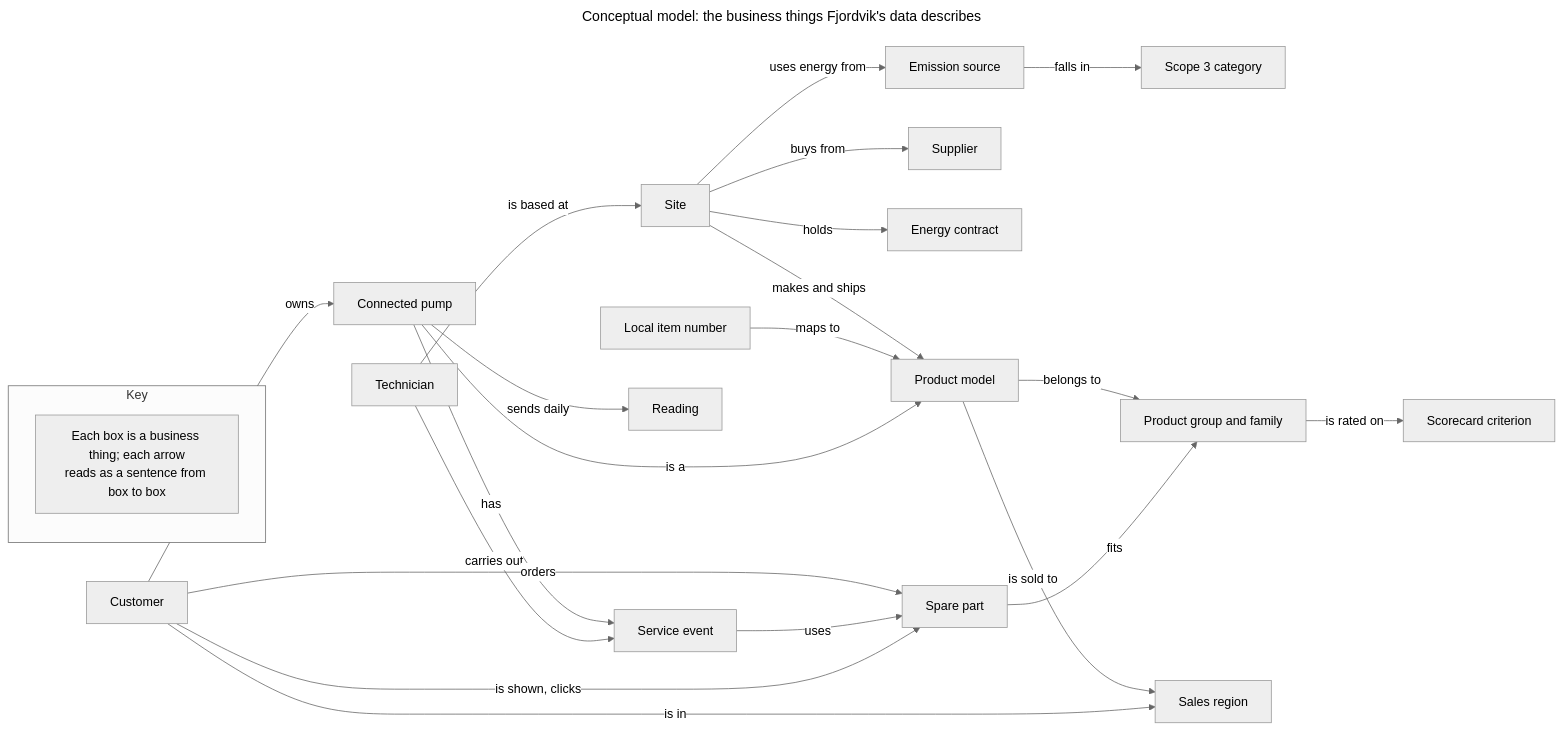
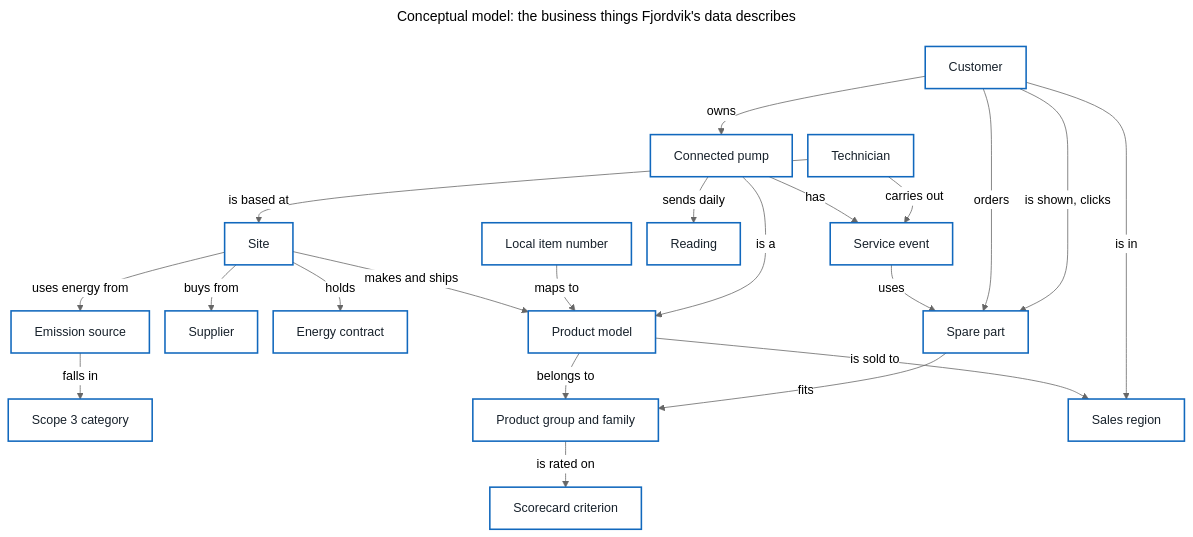
One commit to voneeci/fjordvik changed the first of 19 diagrams in docs/data-model.md. Above: the diagram before and after it, drawn with Mermaid (neutral theme). The commit also changed other lines of this file and 5 other files, not shown here.

First line of the commit message:
docs: concepts and methods, plant data flow, business names on drawings

````diff
--- a/docs/data-model.md
+++ b/docs/data-model.md
@@ -22,29 +22,34 @@
 ```mermaid
 ---
+config:
+  flowchart:
+    nodeSpacing: 20
+    rankSpacing: 35
 title: "Conceptual model: the business things Fjordvik's data describes"
 ---
-flowchart LR
-    subgraph KEY["Key"]
-        KN["Each box is a business thing; each arrow<br/>reads as a sentence from box to box"]
-    end
-    SITE["Site"] -- "uses energy from" --> SRC["Emission source"]
-    SITE -- "buys from" --> SUP["Supplier"]
-    SITE -- "holds" --> CON["Energy contract"]
-    SRC -- "falls in" --> CAT["Scope 3 category"]
-    SITE -- "makes and ships" --> PROD["Product model"]
-    PROD -- "belongs to" --> GRP["Product group and family"]
-    CODE["Local item number"] -- "maps to" --> PROD
-    PROD -- "is sold to" --> REG["Sales region"]
-    GRP -- "is rated on" --> CRIT["Scorecard criterion"]
-    CUST["Customer"] -- "is in" --> REG
-    CUST -- "owns" --> PUMP["Connected pump"]
+flowchart TB
+    accTitle: Conceptual model of Fjordvik's data
+    accDescr: Sites use energy from emission sources, buy from suppliers, hold energy contracts, and make and ship product models. Sources fall in scope 3 categories. Products belong to product groups, are sold to regions and are named by local item numbers; product groups are rated on scorecard criteria. Customers are in regions, own connected pumps, order spare parts and are shown parts on the portal. Each pump is a product model, sends daily readings and has service events, which technicians based at sites carry out and which use spare parts that fit product groups.
+    classDef thing fill:#ffffff,color:#17212b,stroke:#1168bd,stroke-width:2px
+
+    SITE["Site"]:::thing -- "uses energy from" --> SRC["Emission source"]:::thing
+    SRC -- "falls in" --> CAT["Scope 3 category"]:::thing
+    SITE -- "buys from" --> SUP["Supplier"]:::thing
+    SITE -- "holds" --> CON["Energy contract"]:::thing
+    SITE -- "makes and ships" --> PROD["Product model"]:::thing
+    CODE["Local item number"]:::thing -- "maps to" --> PROD
+    PROD -- "belongs to" --> GRP["Product group and family"]:::thing
+    GRP -- "is rated on" --> CRIT["Scorecard criterion"]:::thing
+    PROD -- "is sold to" --> REG["Sales region"]:::thing
+    CUST["Customer"]:::thing -- "is in" --> REG
+    CUST -- "owns" --> PUMP["Connected pump"]:::thing
     PUMP -- "is a" --> PROD
-    PUMP -- "sends daily" --> READ["Reading"]
-    PUMP -- "has" --> EVT["Service event"]
-    TECH["Technician"] -- "carries out" --> EVT
+    PUMP -- "sends daily" --> READ["Reading"]:::thing
+    PUMP -- "has" --> EVT["Service event"]:::thing
+    TECH["Technician"]:::thing -- "carries out" --> EVT
     TECH -- "is based at" --> SITE
-    PART["Spare part"] -- "fits" --> GRP
+    EVT -- "uses" --> PART["Spare part"]:::thing
+    PART -- "fits" --> GRP
     CUST -- "orders" --> PART
-    EVT -- "uses" --> PART
     CUST -- "is shown, clicks" --> PART
 ```
````
